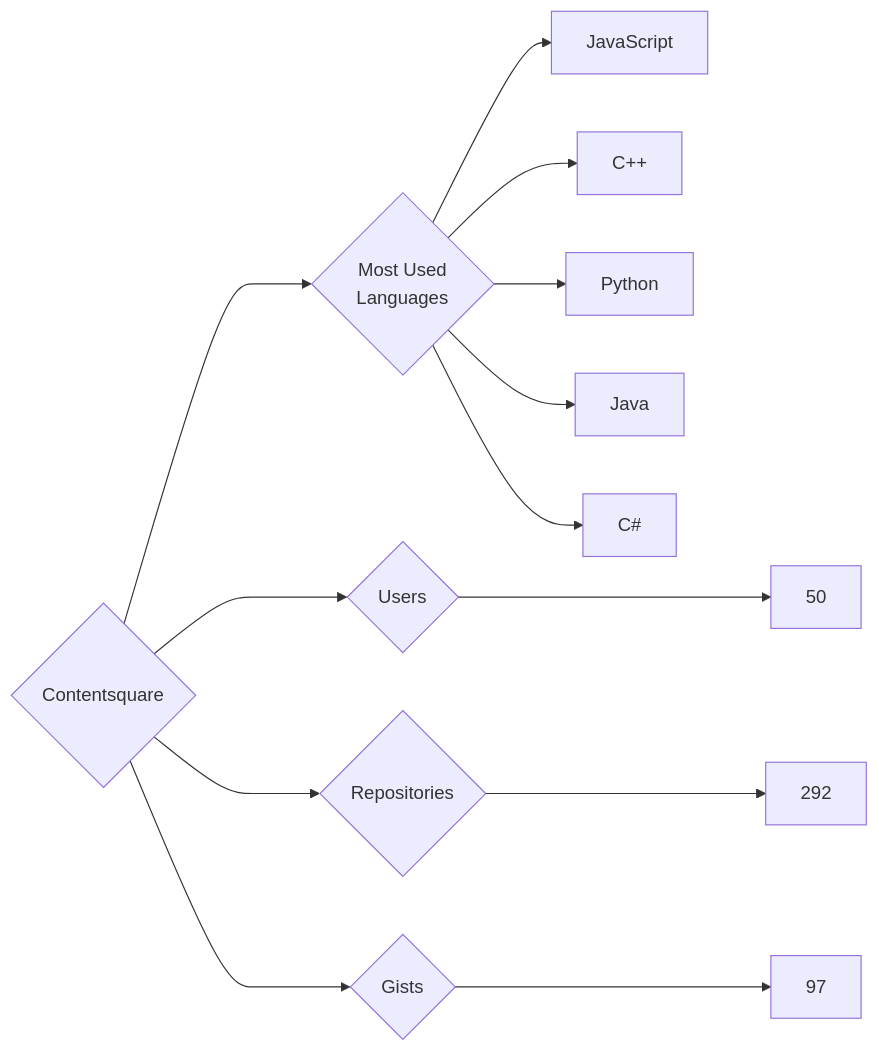
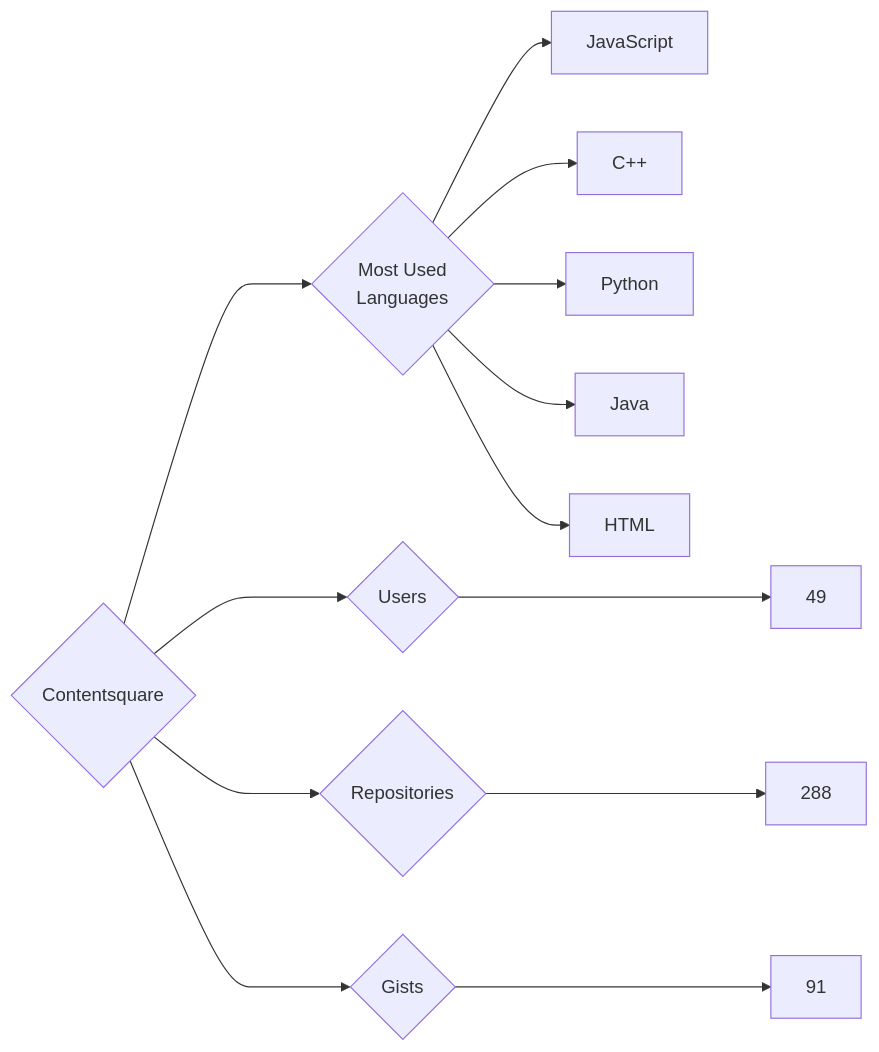
Before and after one commit to trickest/insiders: the diagram in targets/Contentsquare/README.md, drawn with Mermaid. The commit also changed 1123 other files, not shown here.

````diff
--- a/targets/Contentsquare/README.md
+++ b/targets/Contentsquare/README.md
@@ -3,13 +3,13 @@
 ```mermaid
 graph LR
 COMPANY_NAME{Contentsquare}
-COMPANY_NAME ---> U{Users} ---> UN[50]
-COMPANY_NAME ---> R{Repositories} ---> RN[292]
-COMPANY_NAME ---> G{Gists} ---> GN[97]
+COMPANY_NAME ---> U{Users} ---> UN[49]
+COMPANY_NAME ---> R{Repositories} ---> RN[288]
+COMPANY_NAME ---> G{Gists} ---> GN[91]
 COMPANY_NAME ---> ML{Most Used<br>Languages}
 ML --> JavaScript[JavaScript]
 ML --> C++[C++]
 ML --> Python[Python]
 ML --> Java[Java]
-ML --> C#[C#]
+ML --> HTML[HTML]
 ```
````
